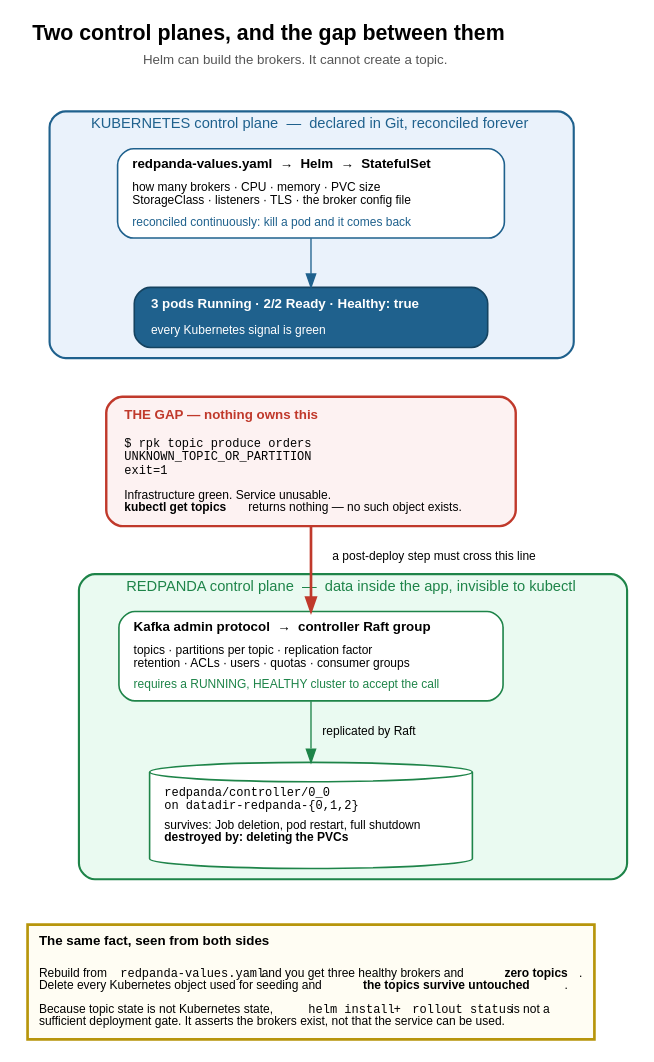
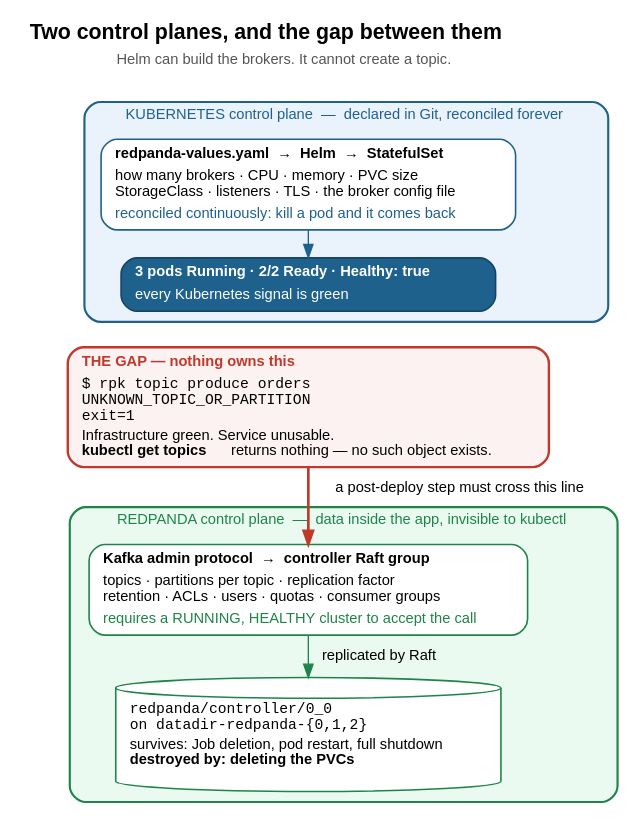
One commit to fiberoptix/home-lab-setup changed the diagram in education/diagrams/ch04_fig1_control_planes.dot. Above: the diagram before and after it, drawn with Graphviz. The commit also changed 85 other files, not shown here.

```diff
--- a/education/diagrams/ch04_fig1_control_planes.dot
+++ b/education/diagrams/ch04_fig1_control_planes.dot
@@ -1,82 +1,77 @@
 // Chapter 4, Figure 1 — the boundary between the Kubernetes control plane and
 // the Redpanda control plane, and the gap that falls between them.
 // Verified on vm-k8-redpanda-1, 3 Aug 2026.
 //
 // Render:
 //   dot -Tpng -Gdpi=150 ch04_fig1_control_planes.dot -o ../images/ch04_fig1_control_planes.png
 
 digraph control_planes {
+  nodesep=0.15;
+  ranksep=0.26;
   rankdir=TB;
   bgcolor="white";
-  node  [fontname="Helvetica", fontsize=10, shape=box, style="filled,rounded", penwidth=1.2];
-  edge  [fontname="Helvetica", fontsize=9];
+  node  [fontname="Helvetica", fontsize=11, shape=box, style="filled,rounded", penwidth=1.2];
+  edge  [fontname="Helvetica", fontsize=11];
   graph [fontname="Helvetica", fontsize=11];
 
   title [shape=plaintext, style="", fillcolor="none", label=<
     <TABLE BORDER="0" CELLBORDER="0" CELLSPACING="0">
       <TR><TD><FONT POINT-SIZE="16"><B>Two control planes, and the gap between them</B></FONT></TD></TR>
-      <TR><TD><FONT POINT-SIZE="10" COLOR="#555555">Helm can build the brokers. It cannot create a topic.</FONT></TD></TR>
+      <TR><TD><FONT POINT-SIZE="11" COLOR="#555555">Helm can build the brokers. It cannot create a topic.</FONT></TD></TR>
     </TABLE>>];
 
   // ============================================ KUBERNETES SIDE
   subgraph cluster_k8s {
     label="  KUBERNETES control plane  —  declared in Git, reconciled forever  ";
     style="filled,rounded"; fillcolor="#eaf2fb"; color="#1f618d"; fontcolor="#1f618d"; penwidth=1.6;
 
     k8s [fillcolor="#ffffff", color="#1f618d", label=<
-      <TABLE BORDER="0" CELLBORDER="0" CELLSPACING="0" CELLPADDING="3">
+      <TABLE BORDER="0" CELLBORDER="0" CELLSPACING="0" CELLPADDING="2">
         <TR><TD ALIGN="LEFT" BALIGN="LEFT"><B>redpanda-values.yaml  →  Helm  →  StatefulSet</B></TD></TR>
-        <TR><TD ALIGN="LEFT" BALIGN="LEFT"><FONT POINT-SIZE="9">how many brokers &#183; CPU &#183; memory &#183; PVC size<BR/>StorageClass &#183; listeners &#183; TLS &#183; the broker config file</FONT></TD></TR>
-        <TR><TD ALIGN="LEFT" BALIGN="LEFT"><FONT POINT-SIZE="9" COLOR="#1f618d">reconciled continuously: kill a pod and it comes back</FONT></TD></TR>
+        <TR><TD ALIGN="LEFT" BALIGN="LEFT"><FONT POINT-SIZE="11">how many brokers &#183; CPU &#183; memory &#183; PVC size<BR/>StorageClass &#183; listeners &#183; TLS &#183; the broker config file</FONT></TD></TR>
+        <TR><TD ALIGN="LEFT" BALIGN="LEFT"><FONT POINT-SIZE="11" COLOR="#1f618d">reconciled continuously: kill a pod and it comes back</FONT></TD></TR>
       </TABLE>>];
 
     k8sout [fillcolor="#1f618d", fontcolor="white", color="#154360", label=<
-      <TABLE BORDER="0" CELLBORDER="0" CELLSPACING="0" CELLPADDING="4">
+      <TABLE BORDER="0" CELLBORDER="0" CELLSPACING="0" CELLPADDING="2">
         <TR><TD ALIGN="LEFT" BALIGN="LEFT"><FONT COLOR="white"><B>3 pods Running &#183; 2/2 Ready &#183; Healthy: true</B></FONT></TD></TR>
-        <TR><TD ALIGN="LEFT" BALIGN="LEFT"><FONT COLOR="white" POINT-SIZE="9">every Kubernetes signal is green</FONT></TD></TR>
+        <TR><TD ALIGN="LEFT" BALIGN="LEFT"><FONT COLOR="white" POINT-SIZE="11">every Kubernetes signal is green</FONT></TD></TR>
       </TABLE>>];
 
     k8s -> k8sout [color="#1f618d"];
   }
 
   // ============================================ THE GAP
   gap [fillcolor="#fdf2f2", color="#c0392b", penwidth=1.8, label=<
-    <TABLE BORDER="0" CELLBORDER="0" CELLSPACING="0" CELLPADDING="5">
+    <TABLE BORDER="0" CELLBORDER="0" CELLSPACING="0" CELLPADDING="2">
       <TR><TD ALIGN="LEFT" BALIGN="LEFT"><FONT COLOR="#c0392b"><B>THE GAP &#8212; nothing owns this</B></FONT></TD></TR>
-      <TR><TD ALIGN="LEFT" BALIGN="LEFT"><FONT POINT-SIZE="9" FACE="Courier">$ rpk topic produce orders<BR/>UNKNOWN_TOPIC_OR_PARTITION<BR/>exit=1</FONT></TD></TR>
-      <TR><TD ALIGN="LEFT" BALIGN="LEFT"><FONT POINT-SIZE="9">Infrastructure green. Service unusable.<BR/><B>kubectl get topics</B> returns nothing &#8212; no such object exists.</FONT></TD></TR>
+      <TR><TD ALIGN="LEFT" BALIGN="LEFT"><FONT POINT-SIZE="11" FACE="Courier">$ rpk topic produce orders<BR/>UNKNOWN_TOPIC_OR_PARTITION<BR/>exit=1</FONT></TD></TR>
+      <TR><TD ALIGN="LEFT" BALIGN="LEFT"><FONT POINT-SIZE="11">Infrastructure green. Service unusable.<BR/><B>kubectl get topics</B> returns nothing &#8212; no such object exists.</FONT></TD></TR>
     </TABLE>>];
 
   // ============================================ REDPANDA SIDE
   subgraph cluster_rp {
     label="  REDPANDA control plane  —  data inside the app, invisible to kubectl  ";
     style="filled,rounded"; fillcolor="#eafaf1"; color="#1e8449"; fontcolor="#1e8449"; penwidth=1.6;
 
     rp [fillcolor="#ffffff", color="#1e8449", label=<
-      <TABLE BORDER="0" CELLBORDER="0" CELLSPACING="0" CELLPADDING="3">
+      <TABLE BORDER="0" CELLBORDER="0" CELLSPACING="0" CELLPADDING="2">
         <TR><TD ALIGN="LEFT" BALIGN="LEFT"><B>Kafka admin protocol  →  controller Raft group</B></TD></TR>
-        <TR><TD ALIGN="LEFT" BALIGN="LEFT"><FONT POINT-SIZE="9">topics &#183; partitions per topic &#183; replication factor<BR/>retention &#183; ACLs &#183; users &#183; quotas &#183; consumer groups</FONT></TD></TR>
-        <TR><TD ALIGN="LEFT" BALIGN="LEFT"><FONT POINT-SIZE="9" COLOR="#1e8449">requires a RUNNING, HEALTHY cluster to accept the call</FONT></TD></TR>
+        <TR><TD ALIGN="LEFT" BALIGN="LEFT"><FONT POINT-SIZE="11">topics &#183; partitions per topic &#183; replication factor<BR/>retention &#183; ACLs &#183; users &#183; quotas &#183; consumer groups</FONT></TD></TR>
+        <TR><TD ALIGN="LEFT" BALIGN="LEFT"><FONT POINT-SIZE="11" COLOR="#1e8449">requires a RUNNING, HEALTHY cluster to accept the call</FONT></TD></TR>
       </TABLE>>];
 
     disk [fillcolor="#ffffff", color="#1e8449", shape=cylinder, style="filled", label=<
-      <TABLE BORDER="0" CELLBORDER="0" CELLSPACING="0" CELLPADDING="3">
-        <TR><TD ALIGN="LEFT" BALIGN="LEFT"><FONT FACE="Courier" POINT-SIZE="9">redpanda/controller/0_0<BR/>on datadir-redpanda-{0,1,2}</FONT></TD></TR>
-        <TR><TD ALIGN="LEFT" BALIGN="LEFT"><FONT POINT-SIZE="9">survives: Job deletion, pod restart, full shutdown<BR/><B>destroyed by: deleting the PVCs</B></FONT></TD></TR>
+      <TABLE BORDER="0" CELLBORDER="0" CELLSPACING="0" CELLPADDING="2">
+        <TR><TD ALIGN="LEFT" BALIGN="LEFT"><FONT FACE="Courier" POINT-SIZE="11">redpanda/controller/0_0<BR/>on datadir-redpanda-{0,1,2}</FONT></TD></TR>
+        <TR><TD ALIGN="LEFT" BALIGN="LEFT"><FONT POINT-SIZE="11">survives: Job deletion, pod restart, full shutdown<BR/><B>destroyed by: deleting the PVCs</B></FONT></TD></TR>
       </TABLE>>];
 
     rp -> disk [color="#1e8449", label=" replicated by Raft "];
   }
 
   k8sout -> gap [style=invis];
   gap -> rp [color="#c0392b", style=bold, label="  a post-deploy step must cross this line  "];
 
-  note [shape=plaintext, style="", fillcolor="none", label=<
-    <TABLE BORDER="2" CELLBORDER="0" CELLSPACING="0" CELLPADDING="7" COLOR="#b7950b" BGCOLOR="#fffdf3">
-      <TR><TD ALIGN="LEFT" BALIGN="LEFT"><B>The same fact, seen from both sides</B></TD></TR>
-      <TR><TD ALIGN="LEFT" BALIGN="LEFT"><FONT POINT-SIZE="9">Rebuild from <FONT FACE="Courier">redpanda-values.yaml</FONT> and you get three healthy brokers and <B>zero topics</B>.<BR/>Delete every Kubernetes object used for seeding and <B>the topics survive untouched</B>.<BR/><BR/>Because topic state is not Kubernetes state, <FONT FACE="Courier">helm install</FONT> + <FONT FACE="Courier">rollout status</FONT> is not a<BR/>sufficient deployment gate. It asserts the brokers exist, not that the service can be used.</FONT></TD></TR>
-    </TABLE>>];
-
-  disk -> note [style=invis];
   title -> k8s [style=invis];
 }
```
